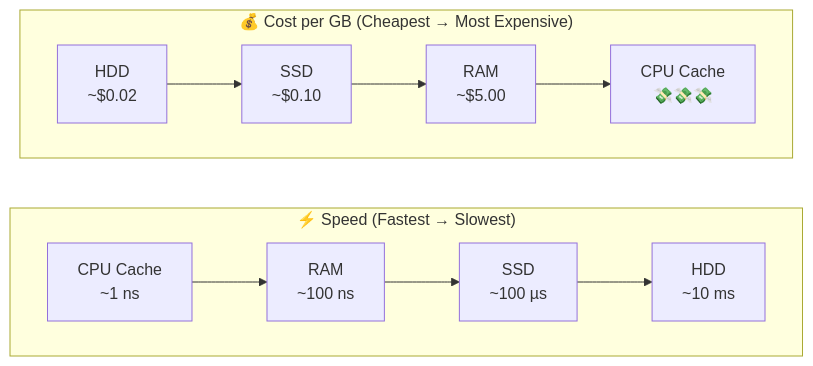
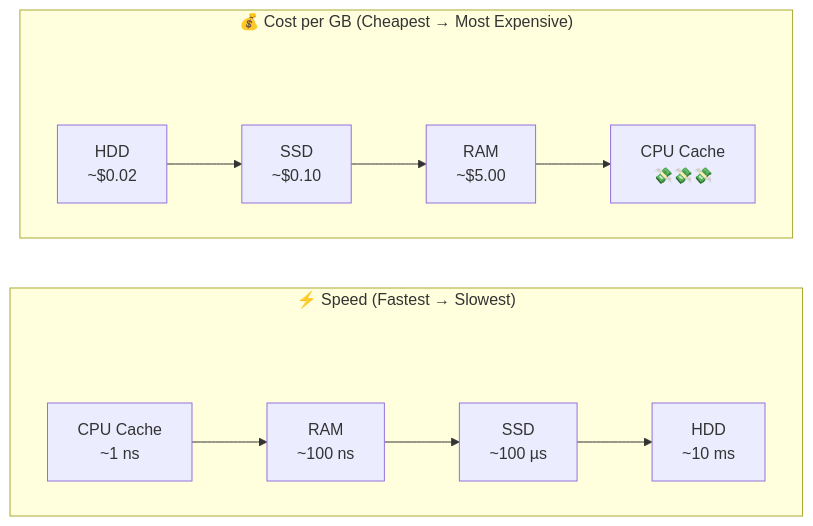
The third of 11 diagrams in chapter1-introduction-overview/ch1-introduction-overview-en.md (amolkharat18/database-internals), drawn with Mermaid before and after one commit. The commit also changed other lines of this file, not shown here.

````diff
--- a/chapter1-introduction-overview/ch1-introduction-overview-en.md
+++ b/chapter1-introduction-overview/ch1-introduction-overview-en.md
@@ -129,12 +129,16 @@
 ```mermaid
 graph LR
     subgraph Speed["⚡ Speed (Fastest → Slowest)"]
         direction LR
+        spacer1[" "]:::hidden
         CPU["CPU Cache<br>~1 ns"] --> RAM["RAM<br>~100 ns"] --> SSD["SSD<br>~100 µs"] --> HDD["HDD<br>~10 ms"]
     end
 
     subgraph Cost["💰 Cost per GB (Cheapest → Most Expensive)"]
         direction LR
+        spacer2[" "]:::hidden
         HDD2["HDD<br>~$0.02"] --> SSD2["SSD<br>~$0.10"] --> RAM2["RAM<br>~$5.00"] --> CPU2["CPU Cache<br>💸💸💸"]
     end
+
+    classDef hidden fill:none,stroke:none,color:none;
 ```
````
